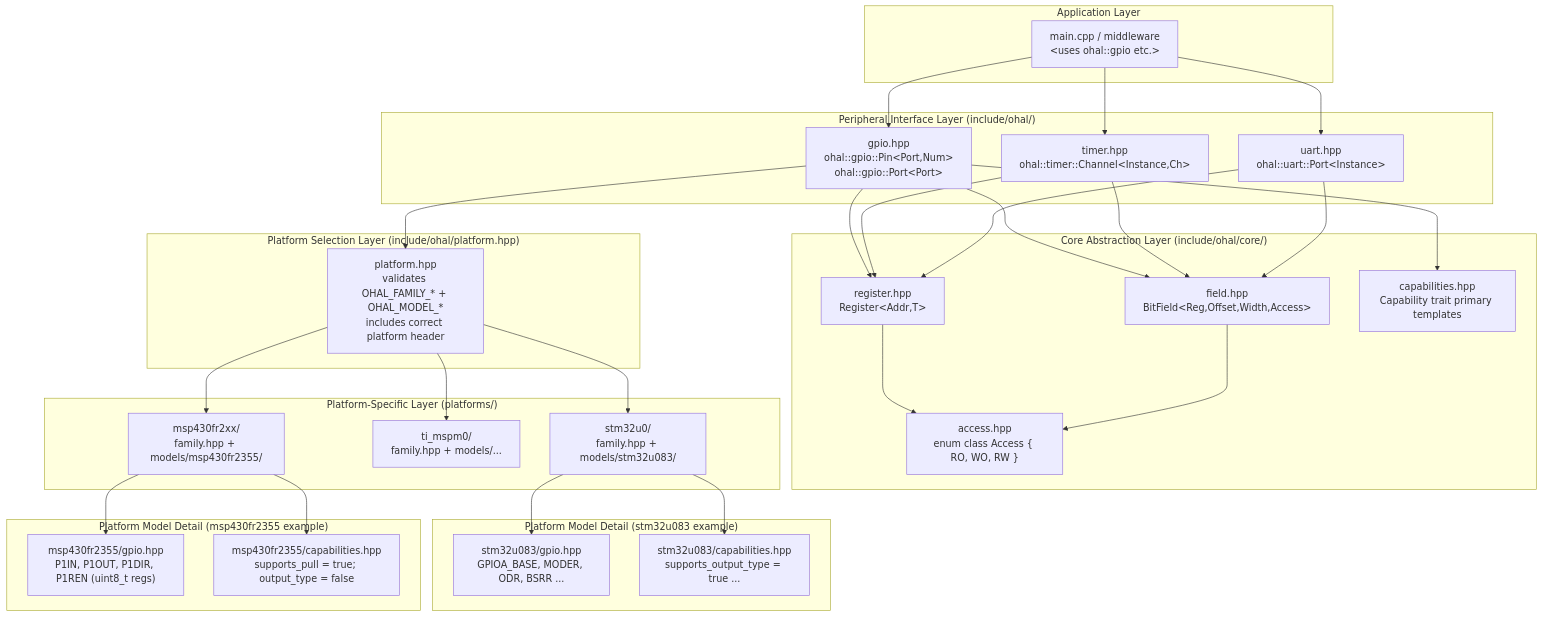
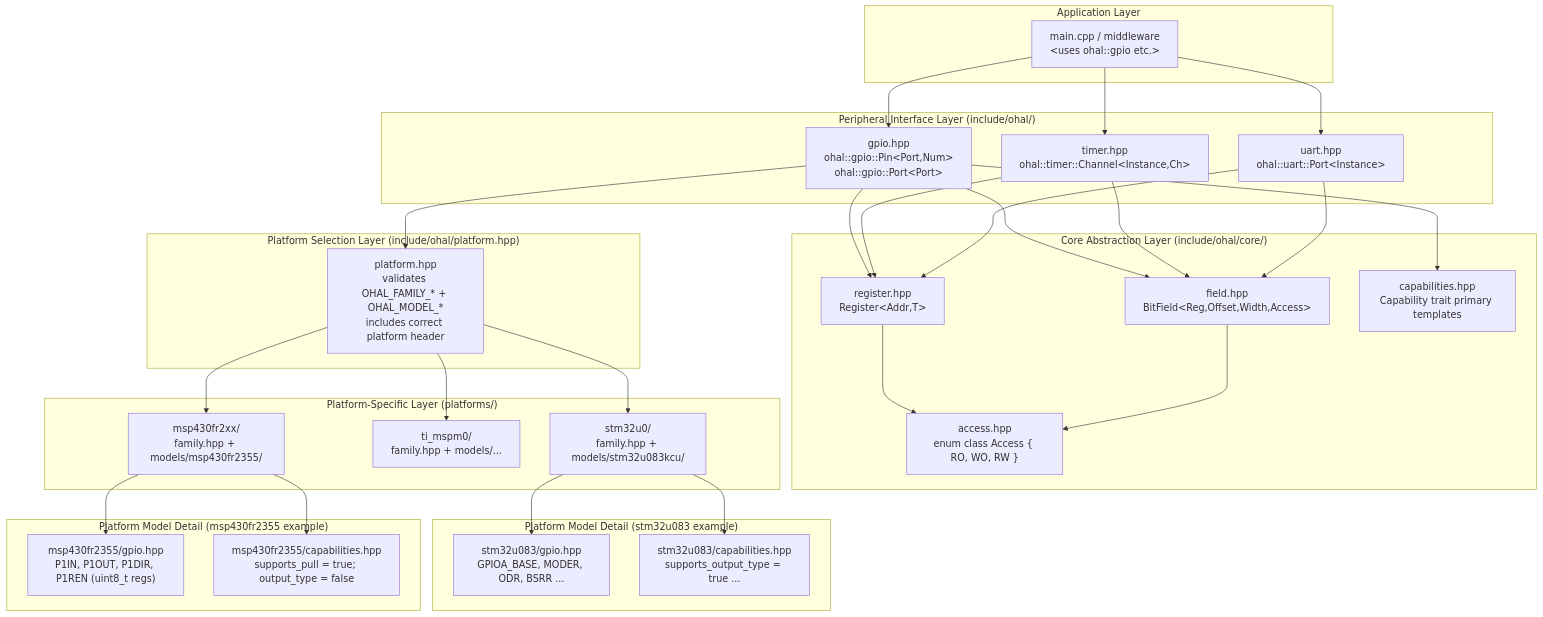
One commit to grahame-org/ohal changed the first of 13 diagrams in docs/plan.md. Above: the diagram before and after it, drawn with Mermaid. The commit also changed other lines of this file and 29 other files, not shown here.

Commit message:
feat(stm32u083cc): added stm32u083cci and stm32u083cct models (#27)

````diff
--- a/docs/plan.md
+++ b/docs/plan.md
@@ -81,64 +81,64 @@
 ```mermaid
 graph TD
     subgraph "Application Layer"
         APP["main.cpp / middleware<br/>&lt;uses ohal::gpio etc.&gt;"]
     end
 
     subgraph "Peripheral Interface Layer (include/ohal/)"
         GPIO_IF["gpio.hpp<br/>ohal::gpio::Pin&lt;Port,Num&gt;<br/>ohal::gpio::Port&lt;Port&gt;"]
         TIMER_IF["timer.hpp<br/>ohal::timer::Channel&lt;Instance,Ch&gt;"]
         UART_IF["uart.hpp<br/>ohal::uart::Port&lt;Instance&gt;"]
     end
 
     subgraph "Core Abstraction Layer (include/ohal/core/)"
         REG["register.hpp<br/>Register&lt;Addr,T&gt;"]
         FIELD["field.hpp<br/>BitField&lt;Reg,Offset,Width,Access&gt;"]
         ACCESS["access.hpp<br/>enum class Access { RO, WO, RW }"]
         CAPS["capabilities.hpp<br/>Capability trait primary templates"]
     end
 
     subgraph "Platform Selection Layer (include/ohal/platform.hpp)"
         SEL["platform.hpp<br/>validates OHAL_FAMILY_* + OHAL_MODEL_*<br/>includes correct platform header"]
     end
 
     subgraph "Platform-Specific Layer (platforms/)"
-        STM32U0["stm32u0/<br/>family.hpp + models/stm32u083/"]
+        STM32U0["stm32u0/<br/>family.hpp + models/stm32u083kcu/"]
         MSP["ti_mspm0/<br/>family.hpp + models/..."]
         MSP430["msp430fr2xx/<br/>family.hpp + models/msp430fr2355/"]
     end
 
     subgraph "Platform Model Detail (stm32u083 example)"
         STM32U083_GPIO["stm32u083/gpio.hpp<br/>GPIOA_BASE, MODER, ODR, BSRR ..."]
         STM32U083_CAPS["stm32u083/capabilities.hpp<br/>supports_output_type = true ..."]
     end
 
     subgraph "Platform Model Detail (msp430fr2355 example)"
         MSP430FR2355_GPIO["msp430fr2355/gpio.hpp<br/>P1IN, P1OUT, P1DIR, P1REN (uint8_t regs)"]
         MSP430FR2355_CAPS["msp430fr2355/capabilities.hpp<br/>supports_pull = true; output_type = false"]
     end
 
     APP --> GPIO_IF
     APP --> TIMER_IF
     APP --> UART_IF
 
     GPIO_IF --> REG
     GPIO_IF --> FIELD
     GPIO_IF --> CAPS
     TIMER_IF --> REG
     TIMER_IF --> FIELD
     UART_IF --> REG
     UART_IF --> FIELD
 
     REG --> ACCESS
     FIELD --> ACCESS
 
     GPIO_IF --> SEL
     SEL --> STM32U0
     SEL --> MSP
     SEL --> MSP430
 
     STM32U0 --> STM32U083_GPIO
     STM32U0 --> STM32U083_CAPS
     MSP430 --> MSP430FR2355_GPIO
     MSP430 --> MSP430FR2355_CAPS
 ```
````
